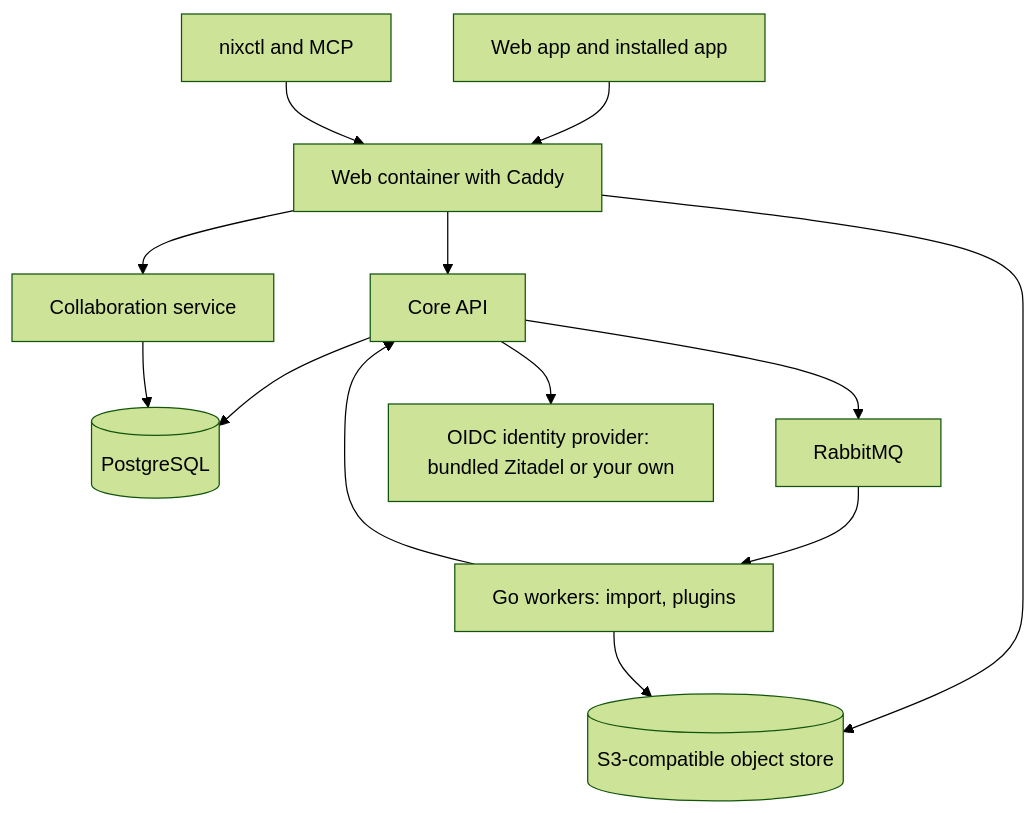
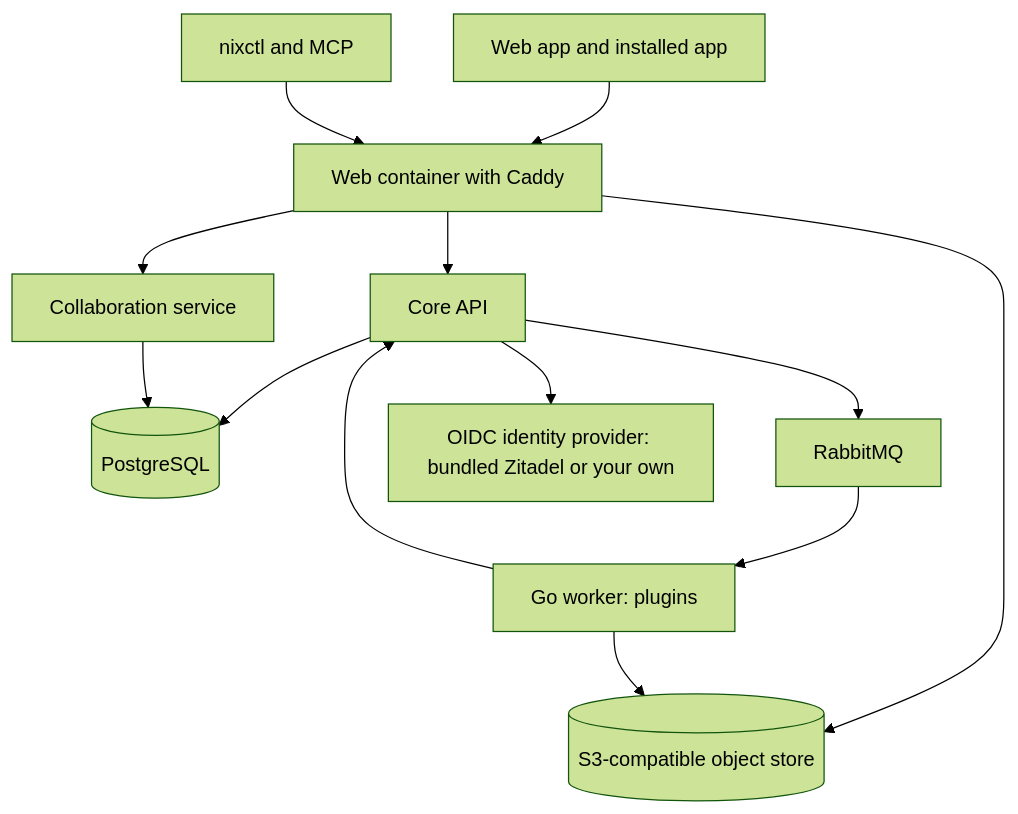
Before and after one commit to sianachi/nixsites: the diagram in docs/site/nix-docs/markdown/deployment/index.md, drawn with Mermaid (forest theme). The commit also changed 130 other files, not shown here.

````diff
--- a/docs/site/nix-docs/markdown/deployment/index.md
+++ b/docs/site/nix-docs/markdown/deployment/index.md
@@ -14,16 +14,16 @@
 ```mermaid
 %% diagram
 flowchart TB
   Browser[Web app and installed app] --> Edge[Web container with Caddy]
   CLI[nixctl and MCP] --> Edge
   Edge --> Core[Core API]
   Edge --> Collab[Collaboration service]
   Edge --> Store[(S3-compatible object store)]
   Core --> PG[(PostgreSQL)]
   Collab --> PG
   Core --> MQ[RabbitMQ]
-  MQ --> Workers[Go workers: import, plugins]
+  MQ --> Workers[Go worker: plugins]
   Workers --> Core
   Workers --> Store
   Core --> IdP[OIDC identity provider: bundled Zitadel or your own]
 ```
````
